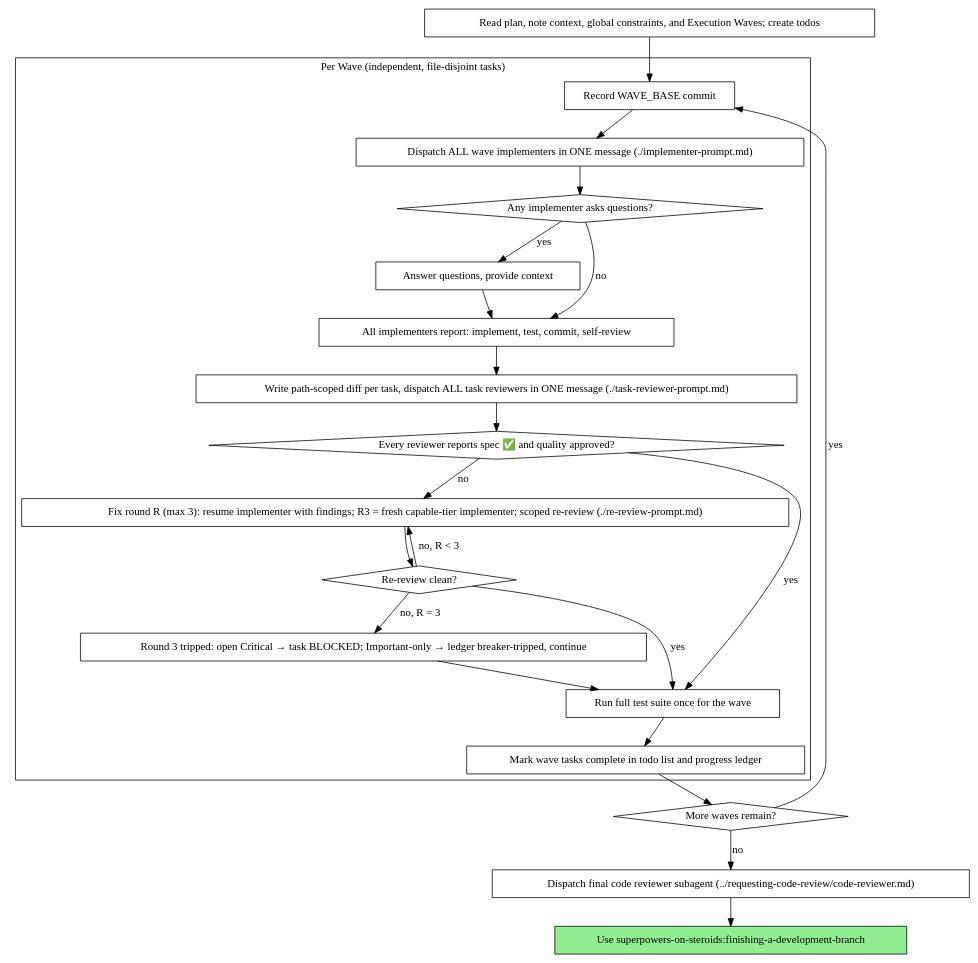
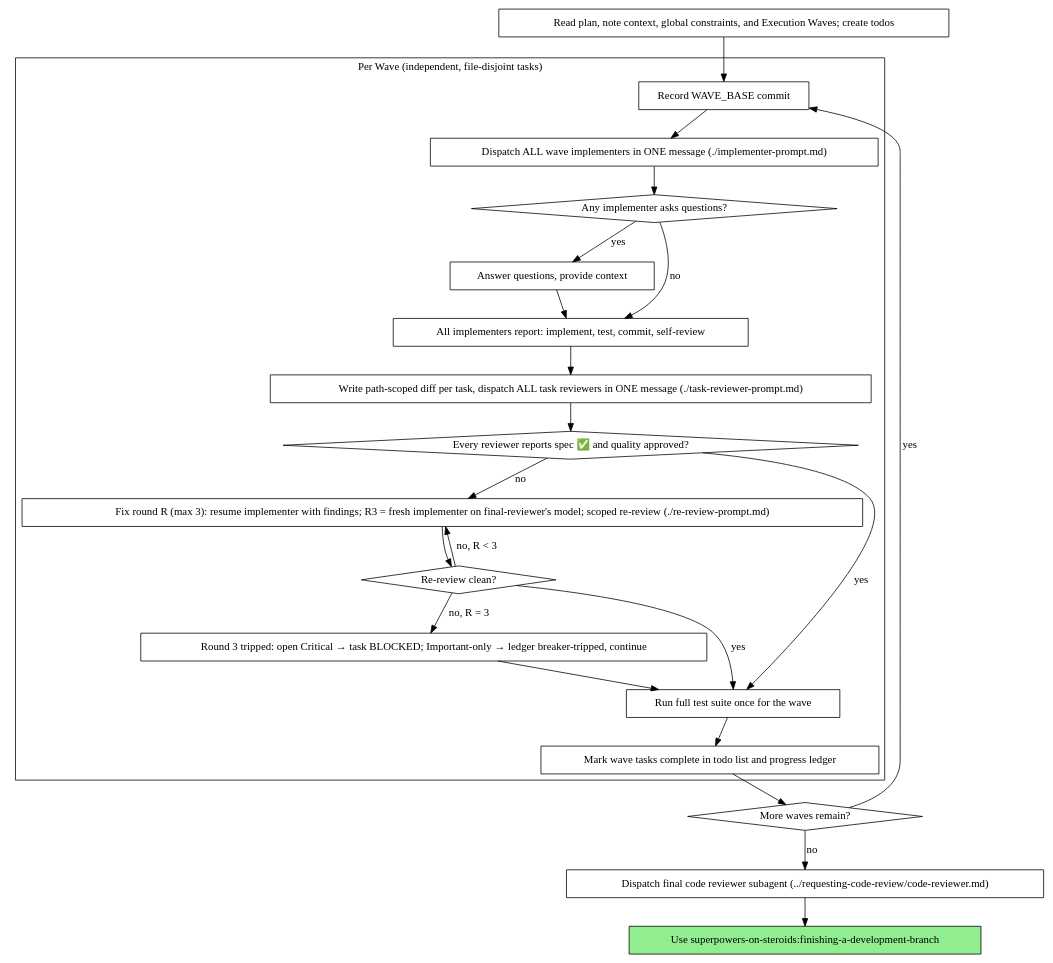
One commit to dami-laare/superpowers-on-steroids changed the second of 2 diagrams in skills/subagent-driven-development/SKILL.md. Above: the diagram before and after it, drawn with Graphviz. The commit also changed other lines of this file, not shown here.

Commit message:
fix(sdd): drop leftover tier wording from diagram and BLOCKED handling

````diff
--- a/skills/subagent-driven-development/SKILL.md
+++ b/skills/subagent-driven-development/SKILL.md
@@ -48,47 +48,47 @@
 ```dot
 digraph process {
     rankdir=TB;
 
     subgraph cluster_per_wave {
         label="Per Wave (independent, file-disjoint tasks)";
         "Record WAVE_BASE commit" [shape=box];
         "Dispatch ALL wave implementers in ONE message (./implementer-prompt.md)" [shape=box];
         "Any implementer asks questions?" [shape=diamond];
         "Answer questions, provide context" [shape=box];
         "All implementers report: implement, test, commit, self-review" [shape=box];
         "Write path-scoped diff per task, dispatch ALL task reviewers in ONE message (./task-reviewer-prompt.md)" [shape=box];
         "Every reviewer reports spec ✅ and quality approved?" [shape=diamond];
-        "Fix round R (max 3): resume implementer with findings; R3 = fresh capable-tier implementer; scoped re-review (./re-review-prompt.md)" [shape=box];
+        "Fix round R (max 3): resume implementer with findings; R3 = fresh implementer on final-reviewer's model; scoped re-review (./re-review-prompt.md)" [shape=box];
         "Re-review clean?" [shape=diamond];
         "Round 3 tripped: open Critical → task BLOCKED; Important-only → ledger breaker-tripped, continue" [shape=box];
         "Run full test suite once for the wave" [shape=box];
         "Mark wave tasks complete in todo list and progress ledger" [shape=box];
     }
 
     "Read plan, note context, global constraints, and Execution Waves; create todos" [shape=box];
     "More waves remain?" [shape=diamond];
     "Dispatch final code reviewer subagent (../requesting-code-review/code-reviewer.md)" [shape=box];
     "Use superpowers-on-steroids:finishing-a-development-branch" [shape=box style=filled fillcolor=lightgreen];
 
     "Read plan, note context, global constraints, and Execution Waves; create todos" -> "Record WAVE_BASE commit";
     "Record WAVE_BASE commit" -> "Dispatch ALL wave implementers in ONE message (./implementer-prompt.md)";
     "Dispatch ALL wave implementers in ONE message (./implementer-prompt.md)" -> "Any implementer asks questions?";
     "Any implementer asks questions?" -> "Answer questions, provide context" [label="yes"];
     "Answer questions, provide context" -> "All implementers report: implement, test, commit, self-review";
     "Any implementer asks questions?" -> "All implementers report: implement, test, commit, self-review" [label="no"];
     "All implementers report: implement, test, commit, self-review" -> "Write path-scoped diff per task, dispatch ALL task reviewers in ONE message (./task-reviewer-prompt.md)";
     "Write path-scoped diff per task, dispatch ALL task reviewers in ONE message (./task-reviewer-prompt.md)" -> "Every reviewer reports spec ✅ and quality approved?";
-    "Every reviewer reports spec ✅ and quality approved?" -> "Fix round R (max 3): resume implementer with findings; R3 = fresh capable-tier implementer; scoped re-review (./re-review-prompt.md)" [label="no"];
-    "Fix round R (max 3): resume implementer with findings; R3 = fresh capable-tier implementer; scoped re-review (./re-review-prompt.md)" -> "Re-review clean?";
+    "Every reviewer reports spec ✅ and quality approved?" -> "Fix round R (max 3): resume implementer with findings; R3 = fresh implementer on final-reviewer's model; scoped re-review (./re-review-prompt.md)" [label="no"];
+    "Fix round R (max 3): resume implementer with findings; R3 = fresh implementer on final-reviewer's model; scoped re-review (./re-review-prompt.md)" -> "Re-review clean?";
     "Re-review clean?" -> "Run full test suite once for the wave" [label="yes"];
-    "Re-review clean?" -> "Fix round R (max 3): resume implementer with findings; R3 = fresh capable-tier implementer; scoped re-review (./re-review-prompt.md)" [label="no, R < 3"];
+    "Re-review clean?" -> "Fix round R (max 3): resume implementer with findings; R3 = fresh implementer on final-reviewer's model; scoped re-review (./re-review-prompt.md)" [label="no, R < 3"];
     "Re-review clean?" -> "Round 3 tripped: open Critical → task BLOCKED; Important-only → ledger breaker-tripped, continue" [label="no, R = 3"];
     "Round 3 tripped: open Critical → task BLOCKED; Important-only → ledger breaker-tripped, continue" -> "Run full test suite once for the wave";
     "Every reviewer reports spec ✅ and quality approved?" -> "Run full test suite once for the wave" [label="yes"];
     "Run full test suite once for the wave" -> "Mark wave tasks complete in todo list and progress ledger";
     "Mark wave tasks complete in todo list and progress ledger" -> "More waves remain?";
     "More waves remain?" -> "Record WAVE_BASE commit" [label="yes"];
     "More waves remain?" -> "Dispatch final code reviewer subagent (../requesting-code-review/code-reviewer.md)" [label="no"];
     "Dispatch final code reviewer subagent (../requesting-code-review/code-reviewer.md)" -> "Use superpowers-on-steroids:finishing-a-development-branch";
 }
 ```
````
